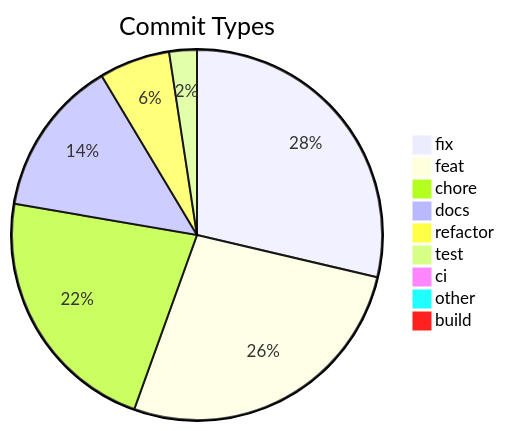
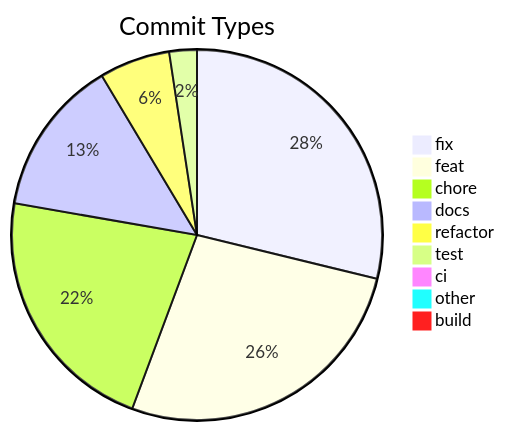
Before and after one commit to svenroth-ai/shipwright: the diagram in .shipwright/compliance/change-history.md, drawn with Mermaid. The commit also changed other lines of this file and 25 other files, not shown here.

````diff
--- a/.shipwright/compliance/change-history.md
+++ b/.shipwright/compliance/change-history.md
@@ -8,12 +8,12 @@
 ```mermaid
 pie title Commit Types
-    "fix" : 297
-    "feat" : 278
-    "chore" : 230
+    "fix" : 299
+    "feat" : 279
+    "chore" : 229
     "docs" : 142
     "refactor" : 64
     "test" : 25
     "ci" : 7
     "other" : 7
     "build" : 1
 ```
````
